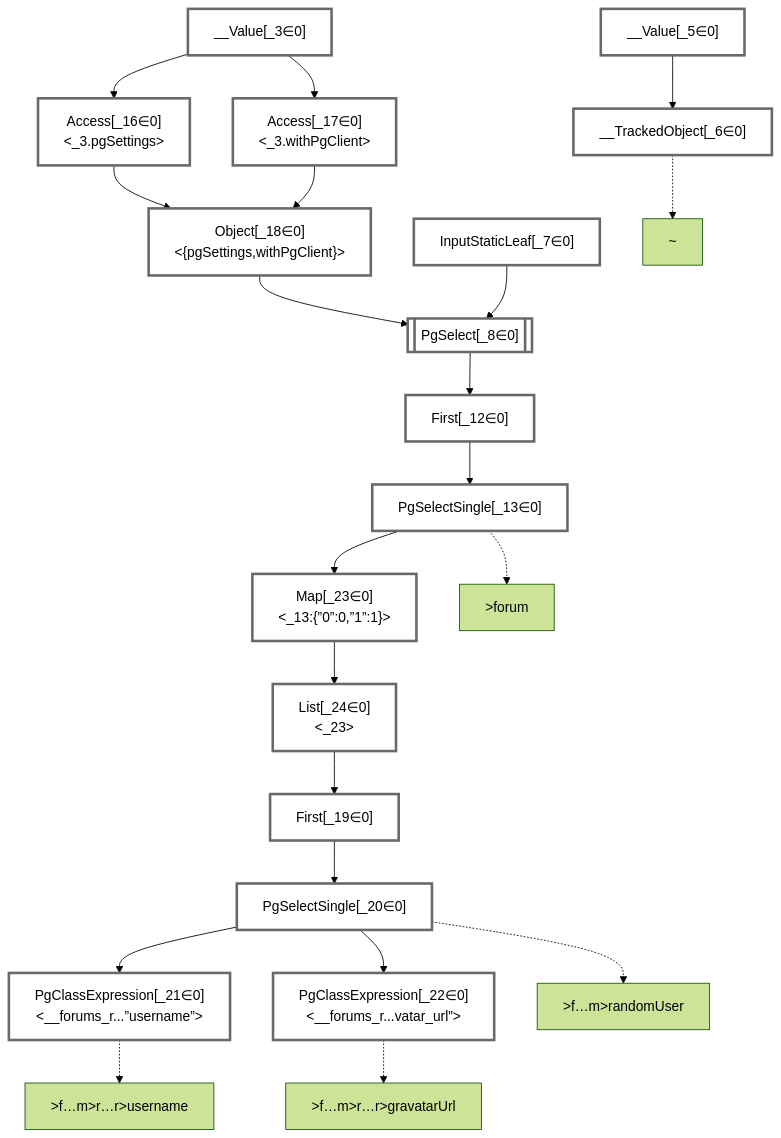
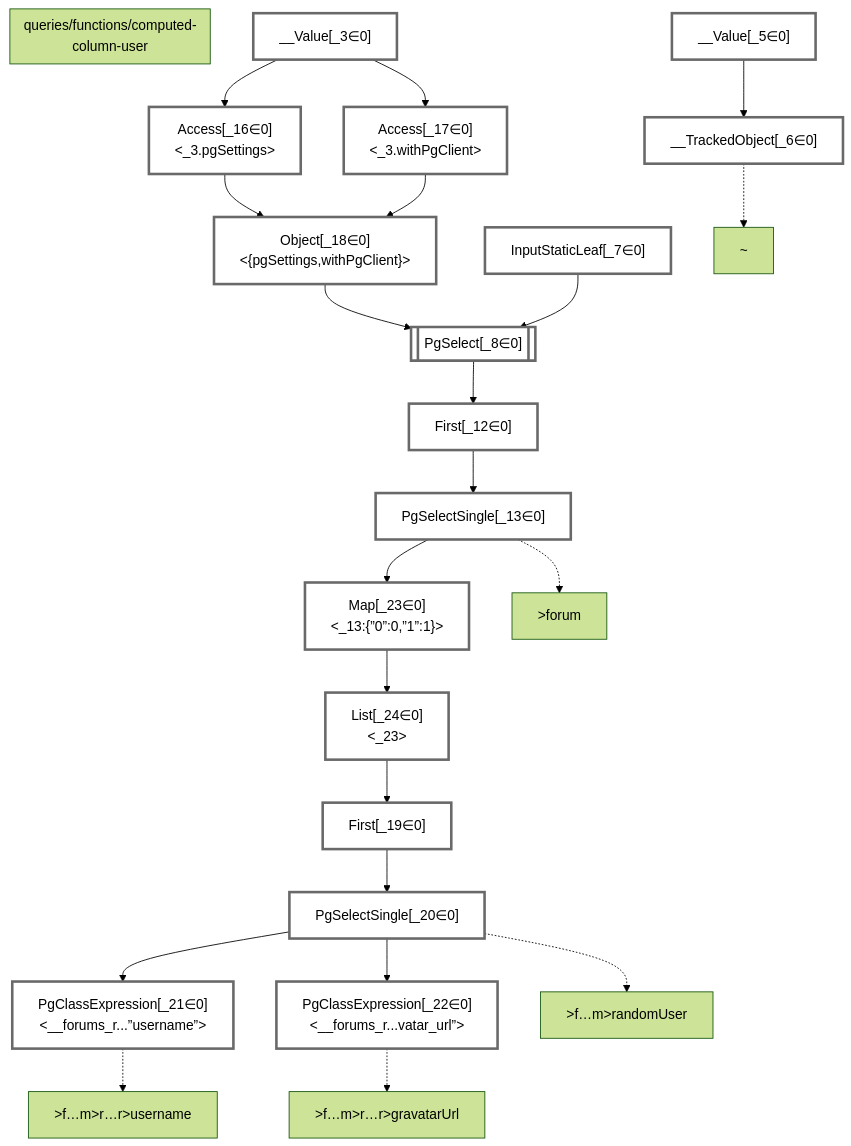
Before and after one commit to graphile/crystal: the diagram in packages/dataplan-pg/__tests__/queries/functions/computed-column-user.mermaid.md, drawn with Mermaid (forest theme). The commit also changed 195 other files, not shown here.

````diff
--- a/packages/dataplan-pg/__tests__/queries/functions/computed-column-user.mermaid.md
+++ b/packages/dataplan-pg/__tests__/queries/functions/computed-column-user.mermaid.md
@@ -1,60 +1,62 @@
 ```mermaid
 graph TD
+    subgraph "queries/functions/computed-column-user"
+    end
     classDef path fill:#eee,stroke:#000,color:#000
     classDef plan fill:#fff,stroke-width:3px,color:#000
     classDef itemplan fill:#fff,stroke-width:6px,color:#000
     classDef sideeffectplan fill:#f00,stroke-width:6px,color:#000
     classDef bucket fill:#f6f6f6,color:#000,stroke-width:6px,text-align:left
 
 
     %% define plans
     __Value_3["__Value[_3∈0]<br /><context>"]:::plan
     __Value_5["__Value[_5∈0]<br /><rootValue>"]:::plan
     __TrackedObject_6["__TrackedObject[_6∈0]"]:::plan
     InputStaticLeaf_7["InputStaticLeaf[_7∈0]"]:::plan
     PgSelect_8[["PgSelect[_8∈0]<br /><forums>"]]:::plan
     First_12["First[_12∈0]"]:::plan
     PgSelectSingle_13["PgSelectSingle[_13∈0]<br /><forums>"]:::plan
     Access_16["Access[_16∈0]<br /><_3.pgSettings>"]:::plan
     Access_17["Access[_17∈0]<br /><_3.withPgClient>"]:::plan
     Object_18["Object[_18∈0]<br /><{pgSettings,withPgClient}>"]:::plan
     First_19["First[_19∈0]"]:::plan
     PgSelectSingle_20["PgSelectSingle[_20∈0]<br /><users>"]:::plan
     PgClassExpression_21["PgClassExpression[_21∈0]<br /><__forums_r...”username”>"]:::plan
     PgClassExpression_22["PgClassExpression[_22∈0]<br /><__forums_r...vatar_url”>"]:::plan
     Map_23["Map[_23∈0]<br /><_13:{”0”:0,”1”:1}>"]:::plan
     List_24["List[_24∈0]<br /><_23>"]:::plan
 
     %% plan dependencies
     __Value_5 --> __TrackedObject_6
     Object_18 --> PgSelect_8
     InputStaticLeaf_7 --> PgSelect_8
     PgSelect_8 --> First_12
     First_12 --> PgSelectSingle_13
     __Value_3 --> Access_16
     __Value_3 --> Access_17
     Access_16 --> Object_18
     Access_17 --> Object_18
     List_24 --> First_19
     First_19 --> PgSelectSingle_20
     PgSelectSingle_20 --> PgClassExpression_21
     PgSelectSingle_20 --> PgClassExpression_22
     PgSelectSingle_13 --> Map_23
     Map_23 --> List_24
 
     %% plan-to-path relationships
     P_6["~"]
     __TrackedObject_6 -.-> P_6
     P_13[">forum"]
     PgSelectSingle_13 -.-> P_13
     P_20[">f…m>randomUser"]
     PgSelectSingle_20 -.-> P_20
     P_21[">f…m>r…r>username"]
     PgClassExpression_21 -.-> P_21
     P_22[">f…m>r…r>gravatarUrl"]
     PgClassExpression_22 -.-> P_22
 
     %% allocate buckets
     classDef bucket0 stroke:#696969
     class __Value_3,__Value_5,__TrackedObject_6,InputStaticLeaf_7,PgSelect_8,First_12,PgSelectSingle_13,Access_16,Access_17,Object_18,First_19,PgSelectSingle_20,PgClassExpression_21,PgClassExpression_22,Map_23,List_24 bucket0
 ```
````
